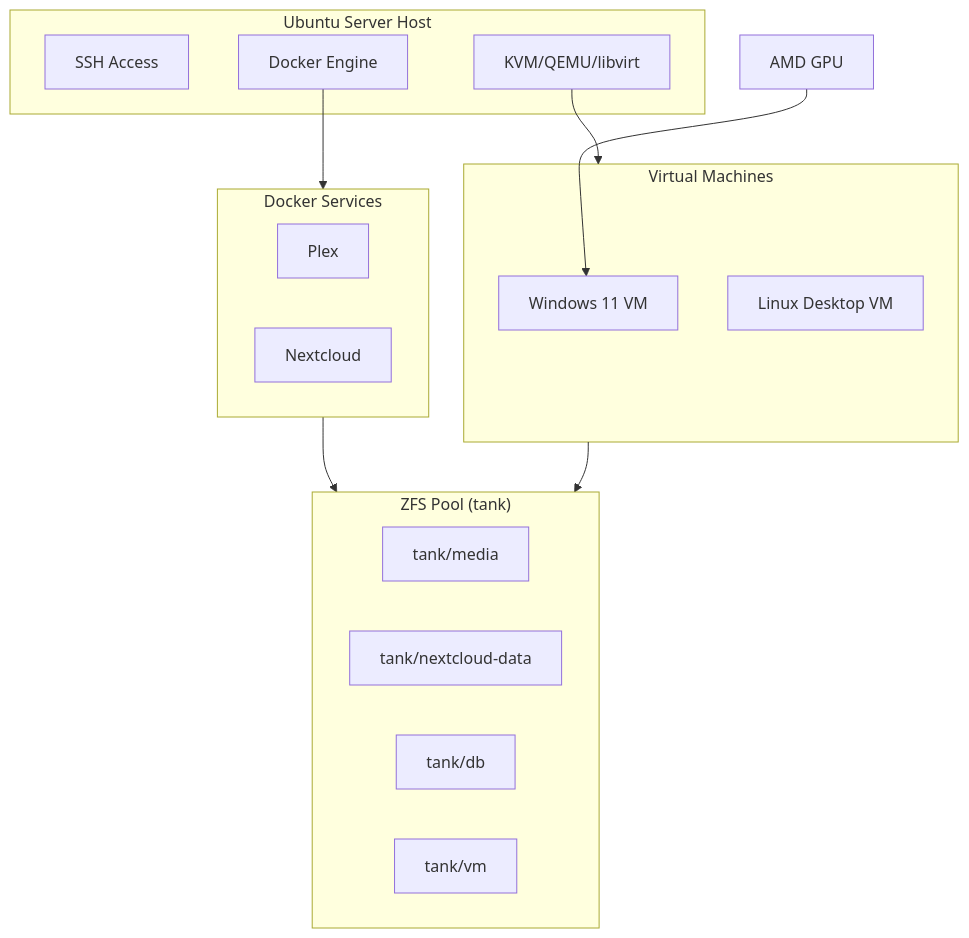
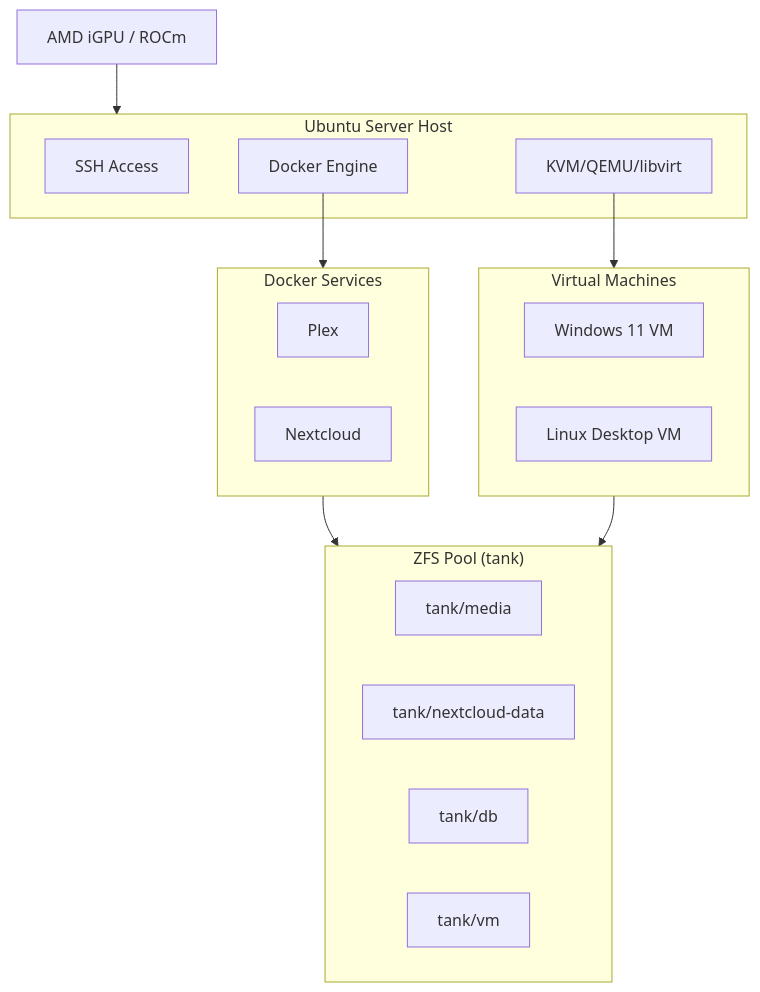
Before and after one commit to mortenoh/msai-setup: the diagram in docs/getting-started/software-architecture.md, drawn with Mermaid. The commit also changed other lines of this file and 144 other files, not shown here.

First line of the commit message:
fix(docs): reconcile documentation with actual architecture and automation

````diff
--- a/docs/getting-started/software-architecture.md
+++ b/docs/getting-started/software-architecture.md
@@ -7,31 +7,31 @@
 ```mermaid
 graph TB
     subgraph Host["Ubuntu Server Host"]
         SSH[SSH Access]
         KVM[KVM/QEMU/libvirt]
         Docker[Docker Engine]
     end
 
     subgraph Storage["ZFS Pool (tank)"]
         Media[tank/media]
         NC[tank/nextcloud-data]
         DB[tank/db]
         VM[tank/vm]
     end
 
     subgraph VMs["Virtual Machines"]
         Win11[Windows 11 VM]
         LinuxVM[Linux Desktop VM]
     end
 
     subgraph Services["Docker Services"]
         Plex[Plex]
         Nextcloud[Nextcloud]
     end
 
-    GPU[AMD GPU] --> Win11
+    GPU[AMD iGPU / ROCm] --> Host
     KVM --> VMs
     Docker --> Services
     Services --> Storage
     VMs --> Storage
 ```
````
